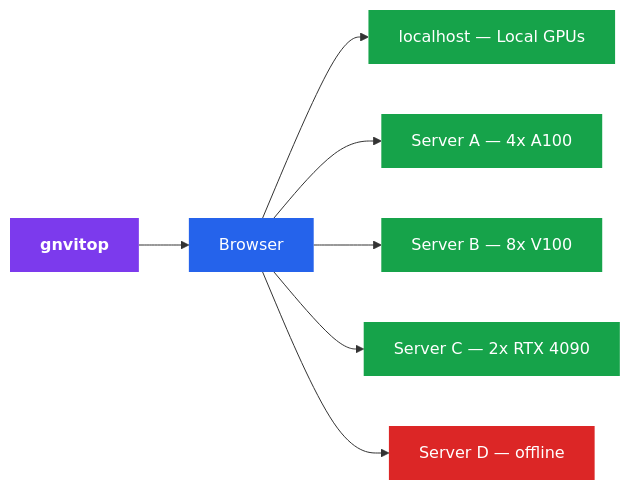
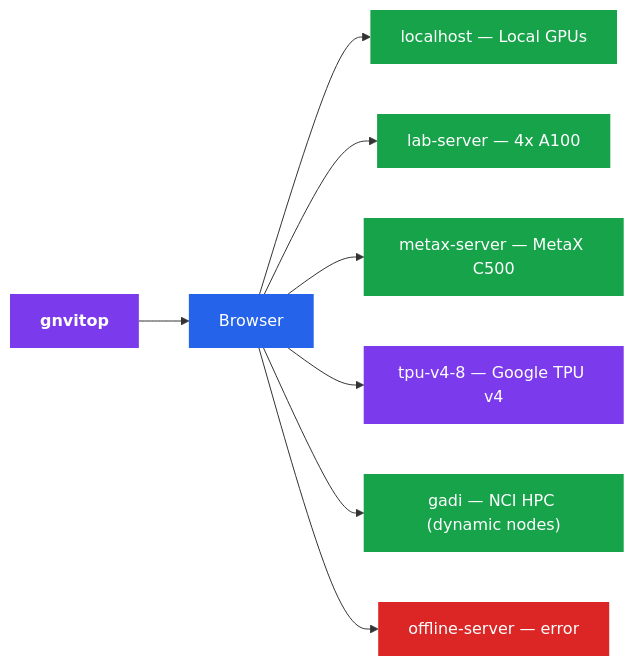
One commit to cangjun123/gnvitop changed the diagram in README.md. Above: the diagram before and after it, drawn with Mermaid. The commit also changed other lines of this file and 5 other files, not shown here.

First line of the commit message:
feat: add TPU, MetaX, Gadi support + agent mode improvements

````diff
--- a/README.md
+++ b/README.md
@@ -35,17 +34,19 @@
 ```mermaid
 graph LR
     A[gnvitop] --> B[Browser]
     B --> C["localhost — Local GPUs"]
-    B --> D["Server A — 4x A100"]
-    B --> E["Server B — 8x V100"]
-    B --> F["Server C — 2x RTX 4090"]
-    B --> G["Server D — offline"]
+    B --> D["lab-server — 4x A100"]
+    B --> E["metax-server — MetaX C500"]
+    B --> F["tpu-v4-8 — Google TPU v4"]
+    B --> G["gadi — NCI HPC (dynamic nodes)"]
+    B --> H["offline-server — error"]
 
     style A fill:#7c3aed,stroke:none,color:#fff,font-weight:bold
     style B fill:#2563eb,stroke:none,color:#fff
     style C fill:#16a34a,stroke:none,color:#fff
     style D fill:#16a34a,stroke:none,color:#fff
     style E fill:#16a34a,stroke:none,color:#fff
-    style F fill:#16a34a,stroke:none,color:#fff
-    style G fill:#dc2626,stroke:none,color:#fff
+    style F fill:#7c3aed,stroke:none,color:#fff
+    style G fill:#16a34a,stroke:none,color:#fff
+    style H fill:#dc2626,stroke:none,color:#fff
 ```
````
